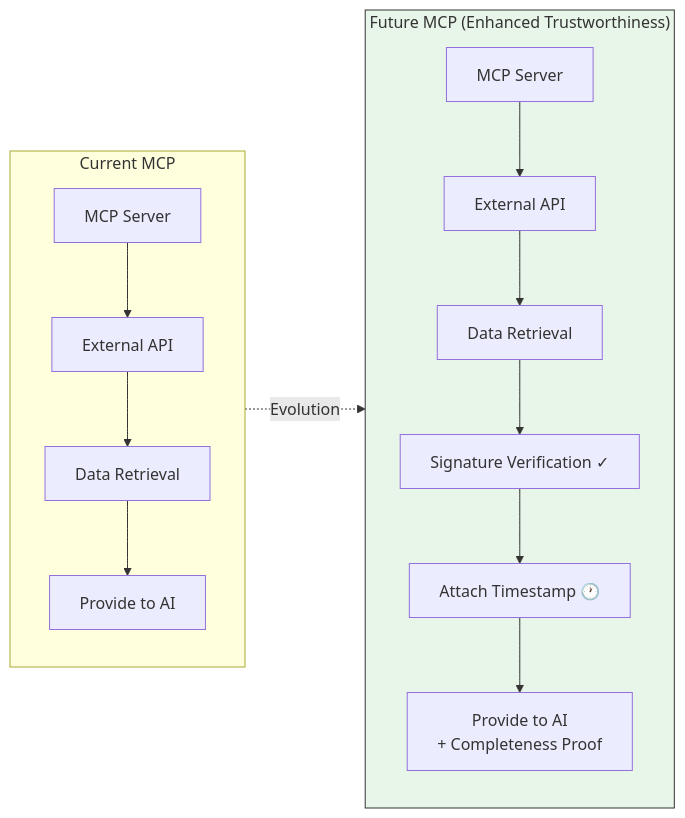
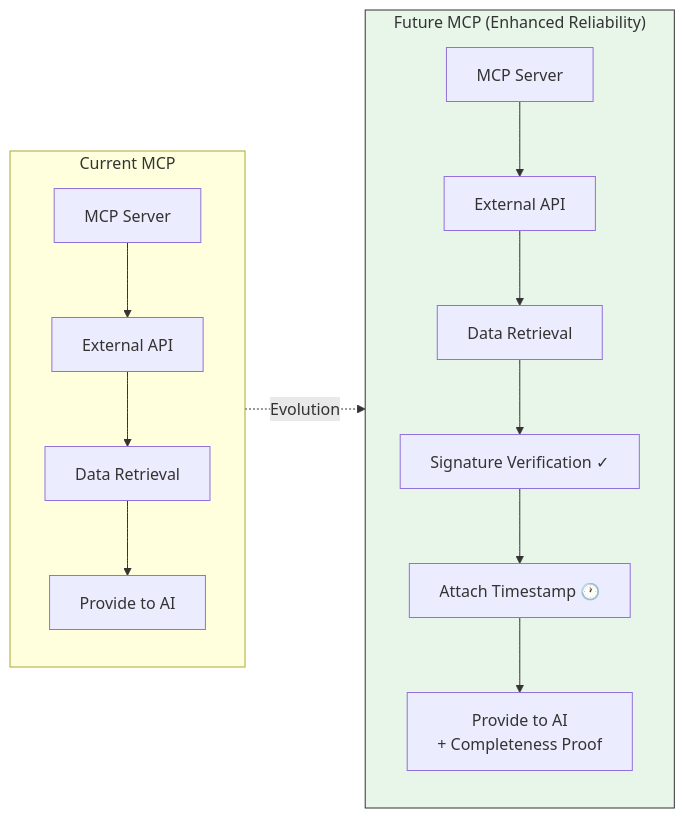
Before and after one commit to shuji-bonji/ai-agent-architecture: diagram 11 of 12 in docs/concepts/05-solving-ai-limitations.md, drawn with Mermaid. The commit also changed other lines of this file and 1 other file, not shown here.

````diff
--- a/docs/concepts/05-solving-ai-limitations.md
+++ b/docs/concepts/05-solving-ai-limitations.md
@@ -351,20 +447,20 @@
 ```mermaid
 flowchart LR
     subgraph CURRENT["Current MCP"]
         C1["MCP Server"] --> C2["External API"]
         C2 --> C3["Data Retrieval"]
         C3 --> C4["Provide to AI"]
     end
 
-    subgraph FUTURE["Future MCP (Enhanced Trustworthiness)"]
+    subgraph FUTURE["Future MCP (Enhanced Reliability)"]
         F1["MCP Server"] --> F2["External API"]
         F2 --> F3["Data Retrieval"]
         F3 --> F4["Signature Verification ✓"]
         F4 --> F5["Attach Timestamp 🕐"]
         F5 --> F6["Provide to AI<br>+ Completeness Proof"]
     end
 
     CURRENT -.->|"Evolution"| FUTURE
 
     style FUTURE fill:#e8f5e9,color:#333,stroke:#333
 ```
````
